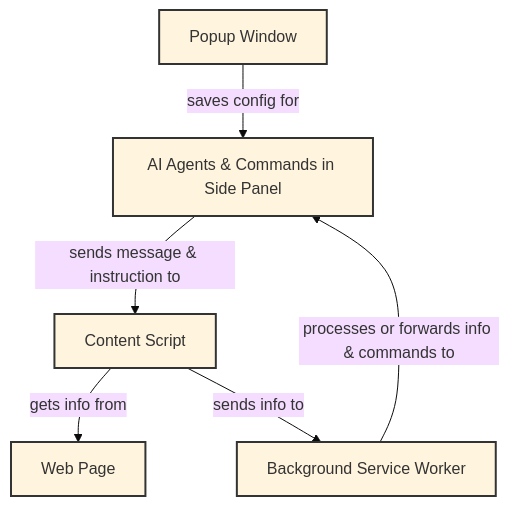
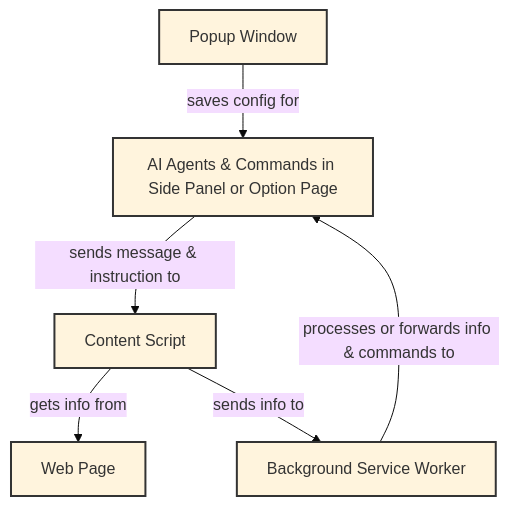
Before and after one commit to yingrui/gluonmeson-chrome-extension: the first of 3 diagrams in docs/tutorial/an_introduction_to_gluonmeson_chrome_extension.md, drawn with Mermaid (base theme). The commit also changed other lines of this file and 6 other files, not shown here.

````diff
--- a/docs/tutorial/an_introduction_to_gluonmeson_chrome_extension.md
+++ b/docs/tutorial/an_introduction_to_gluonmeson_chrome_extension.md
@@ -20,11 +22,11 @@
 ```mermaid
 graph TD;
-    B[Popup Window] -->|saves config for| C[AI Agents & Commands in Side Panel]
+    B[Popup Window] -->|saves config for| C[AI Agents & Commands in Side Panel or Option Page]
     C -->|sends message & instruction to| D[Content Script]
     D -->|gets info from| E[Web Page]
     D -->|sends info to| F[Background Service Worker]
     F -->|processes or forwards info & commands to| C
 
     classDef className fill:#f9,stroke:#333,stroke-width:2px;
     class B,C,D,E,F className;
 ```
````
